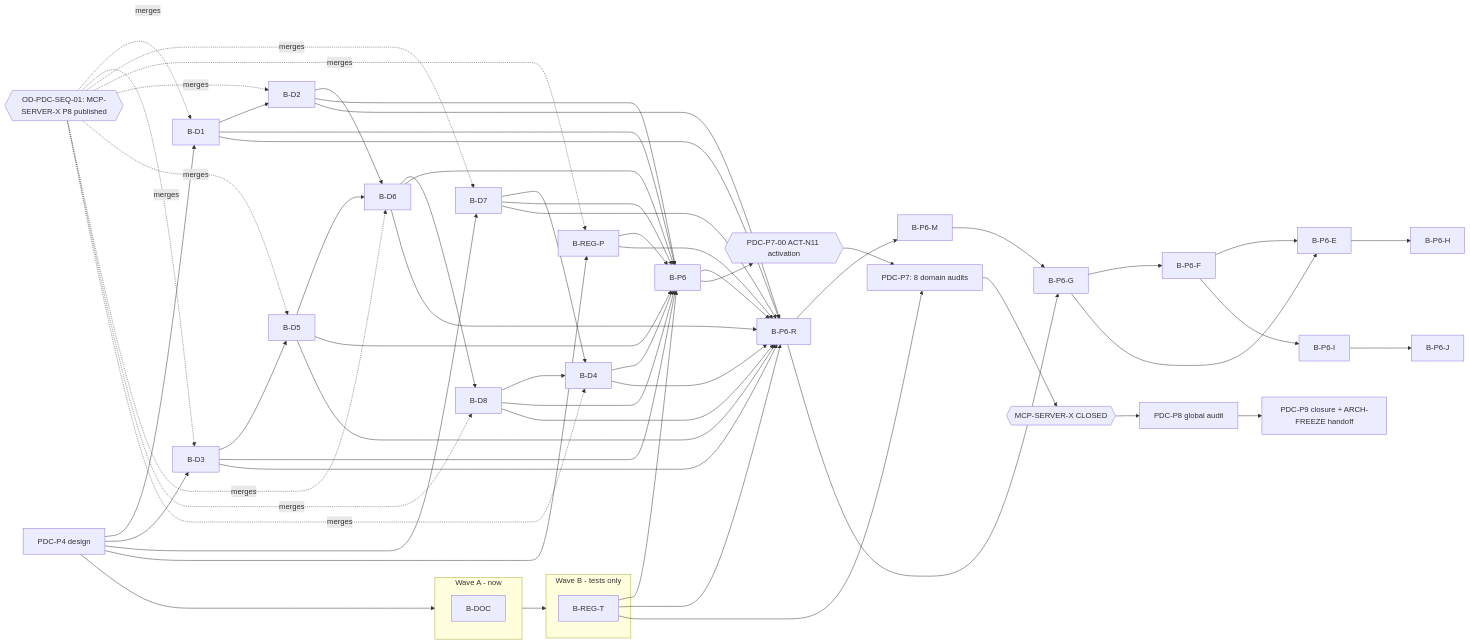
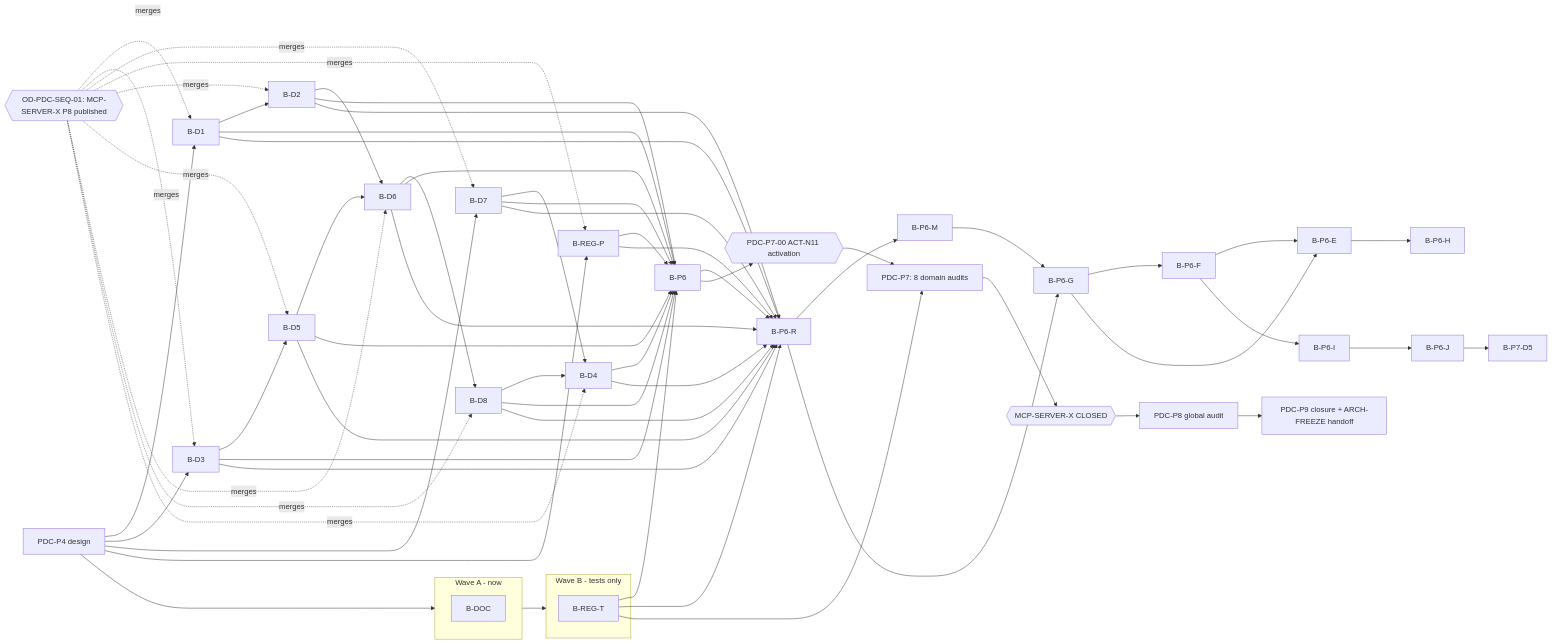
The diagram in docs/project/maintainers/qualification/platform_domain_completeness/PDC_DEPENDENCY_DAG.md (jakbuczarnecki/intergrax), drawn with Mermaid before and after one commit. The commit also changed other lines of this file and 4 other files, not shown here.

````diff
--- a/docs/project/maintainers/qualification/platform_domain_completeness/PDC_DEPENDENCY_DAG.md
+++ b/docs/project/maintainers/qualification/platform_domain_completeness/PDC_DEPENDENCY_DAG.md
@@ -5,54 +5,55 @@
 ```mermaid
 graph LR
   P4[PDC-P4 design] --> WA
   subgraph WA[Wave A - now]
     B-DOC
   end
   subgraph WB[Wave B - tests only]
     B-REG-T
   end
   WA --> WB
   GATE{{OD-PDC-SEQ-01: MCP-SERVER-X P8 published}}
   B-D1 --> B-D2
   B-D3 --> B-D5
   B-D2 --> B-D6
   B-D5 --> B-D6
   B-D6 --> B-D8
   B-D7 --> B-D4
   B-D8 --> B-D4
   B-D1 --> B-P6
   B-D2 --> B-P6
   B-D3 --> B-P6
   B-D4 --> B-P6
   B-D5 --> B-P6
   B-D6 --> B-P6
   B-D7 --> B-P6
   B-D8 --> B-P6
   B-REG-P --> B-P6
   B-REG-T --> B-P6
   B-D1 --> B-P6-R
   B-D2 --> B-P6-R
   B-D3 --> B-P6-R
   B-D4 --> B-P6-R
   B-D5 --> B-P6-R
   B-D6 --> B-P6-R
   B-D7 --> B-P6-R
   B-D8 --> B-P6-R
   B-REG-P --> B-P6-R
   B-REG-T --> B-P6-R
   B-P6 --> B-P6-R
   B-P6-R --> B-P6-M
   B-P6-R --> B-P6-G
   B-P6-M --> B-P6-G
   B-P6-G --> B-P6-F
   B-P6-G --> B-P6-E
   B-P6-F --> B-P6-E
   B-P6-E --> B-P6-H
   B-P6-F --> B-P6-I
   B-P6-I --> B-P6-J
+  B-P6-J --> B-P7-D5
   P4 --> B-D1 & B-D3 & B-D7 & B-REG-P
   GATE -. merges .-> B-D1 & B-D3 & B-D7 & B-REG-P & B-D2 & B-D5 & B-D6 & B-D8 & B-D4
   B-P6 --> ACT{{PDC-P7-00 ACT-N11 activation}} --> P7[PDC-P7: 8 domain audits]
   B-REG-T --> P7
   P7 --> MCPC{{MCP-SERVER-X CLOSED}} --> P8[PDC-P8 global audit] --> P9[PDC-P9 closure + ARCH-FREEZE handoff]
 ```
````
